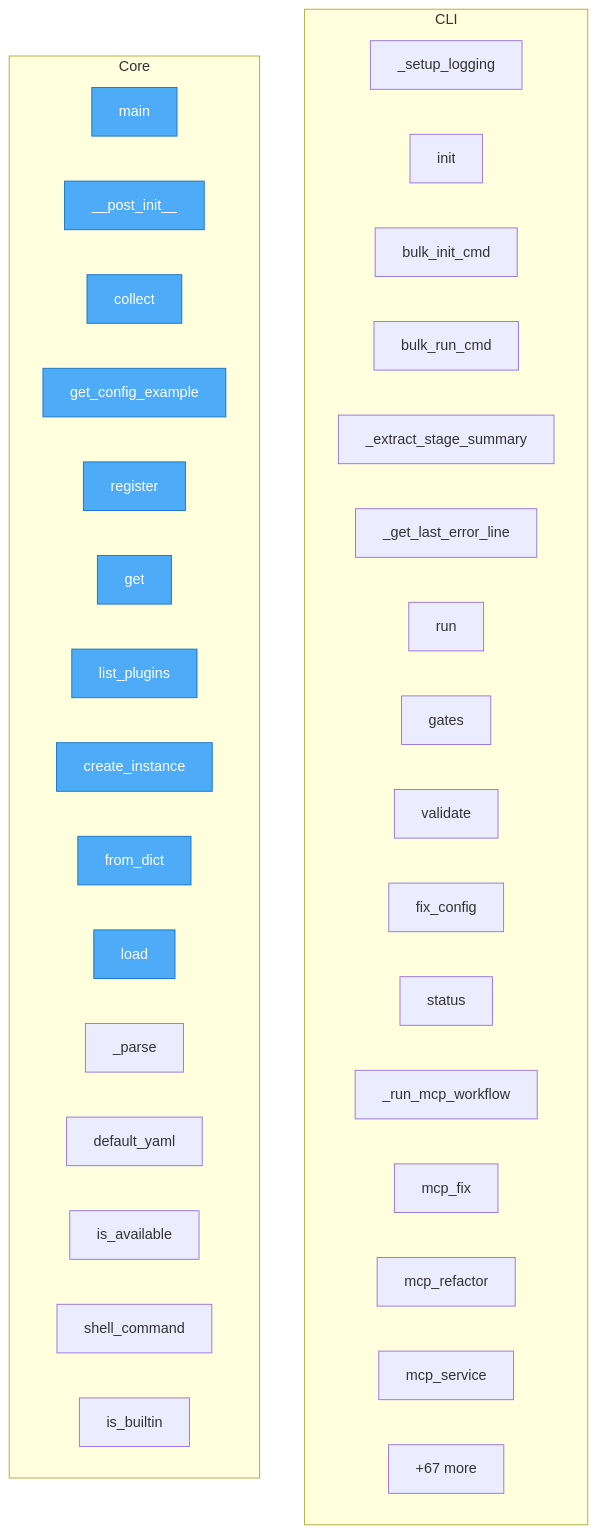
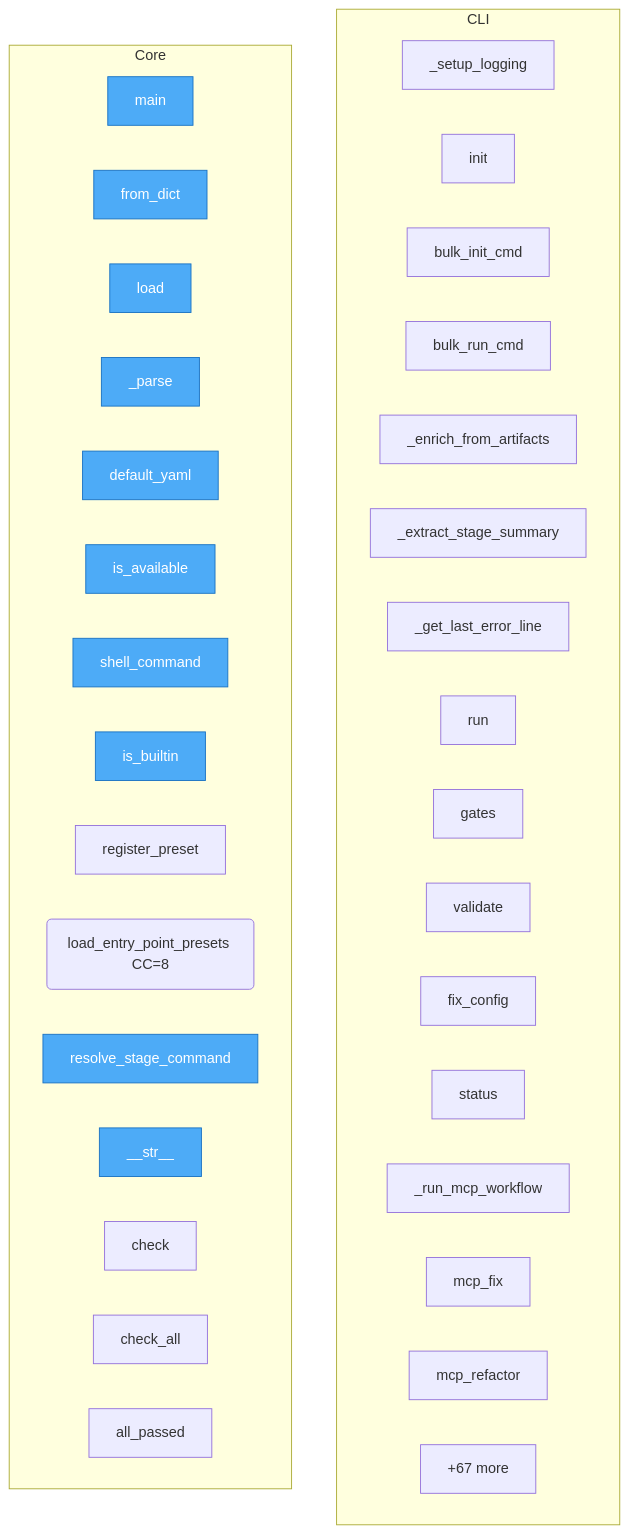
The diagram in project/flow.mmd (semcod/pyqual), drawn with Mermaid before and after one commit. The commit also changed 21 other files, not shown here.

```diff
--- a/project/flow.mmd
+++ b/project/flow.mmd
@@ -1,44 +1,44 @@
 flowchart TD
 
     %% Entry points (blue)
     classDef entry fill:#4dabf7,stroke:#1971c2,color:#fff
 
     subgraph CLI
         pyqual__cli___setup_logging["_setup_logging"]
         pyqual__cli__init["init"]
         pyqual__cli__bulk_init_cmd["bulk_init_cmd"]
         pyqual__cli__bulk_run_cmd["bulk_run_cmd"]
+        pyqual__cli___enrich_from_artifacts["_enrich_from_artifacts"]
         pyqual__cli___extract_stage_summary["_extract_stage_summary"]
         pyqual__cli___get_last_error_line["_get_last_error_line"]
         pyqual__cli__run["run"]
         pyqual__cli__gates["gates"]
         pyqual__cli__validate["validate"]
         pyqual__cli__fix_config["fix_config"]
         pyqual__cli__status["status"]
         pyqual__cli___run_mcp_workflow["_run_mcp_workflow"]
         pyqual__cli__mcp_fix["mcp_fix"]
         pyqual__cli__mcp_refactor["mcp_refactor"]
-        pyqual__cli__mcp_service["mcp_service"]
-        ...["+25 more"]
+        ...["+26 more"]
     end
 
     subgraph Core
         run_analysis__main["main"]
-        pyqual__plugins__PluginMetadata____post_init__["__post_init__"]
-        pyqual__plugins__MetricCollector__collect["collect"]
-        pyqual__plugins__MetricCollector__get_config_example["get_config_example"]
-        pyqual__plugins__PluginRegistry__register["register"]
-        pyqual__plugins__PluginRegistry__get["get"]
-        pyqual__plugins__PluginRegistry__list_plugins["list_plugins"]
-        pyqual__plugins__PluginRegistry__create_instance["create_instance"]
         pyqual__config__GateConfig__from_dict["from_dict"]
         pyqual__config__PyqualConfig__load["load"]
         pyqual__config__PyqualConfig___parse["_parse"]
         pyqual__config__PyqualConfig__default_yaml["default_yaml"]
         pyqual__tools__ToolPreset__is_available["is_available"]
         pyqual__tools__ToolPreset__shell_command["shell_command"]
         pyqual__tools__is_builtin["is_builtin"]
+        pyqual__tools__register_preset["register_preset"]
+        pyqual__tools__load_entry_point_presets("load_entry_point_presets CC=8")
+        pyqual__tools__resolve_stage_command["resolve_stage_command"]
+        pyqual__gates__GateResult____str__["__str__"]
+        pyqual__gates__Gate__check["check"]
+        pyqual__gates__GateSet__check_all["check_all"]
+        pyqual__gates__GateSet__all_passed["all_passed"]
         ...["+67 more"]
     end
 
-    class run_analysis__main,pyqual__plugins__PluginMetadata____post_init__,pyqual__plugins__MetricCollector__collect,pyqual__plugins__MetricCollector__get_config_example,pyqual__plugins__PluginRegistry__register,pyqual__plugins__PluginRegistry__get,pyqual__plugins__PluginRegistry__list_plugins,pyqual__plugins__PluginRegistry__create_instance,pyqual__config__GateConfig__from_dict,pyqual__config__PyqualConfig__load entry
+    class run_analysis__main,pyqual__config__GateConfig__from_dict,pyqual__config__PyqualConfig__load,pyqual__config__PyqualConfig___parse,pyqual__config__PyqualConfig__default_yaml,pyqual__tools__ToolPreset__is_available,pyqual__tools__ToolPreset__shell_command,pyqual__tools__is_builtin,pyqual__tools__resolve_stage_command,pyqual__gates__GateResult____str__ entry
```
